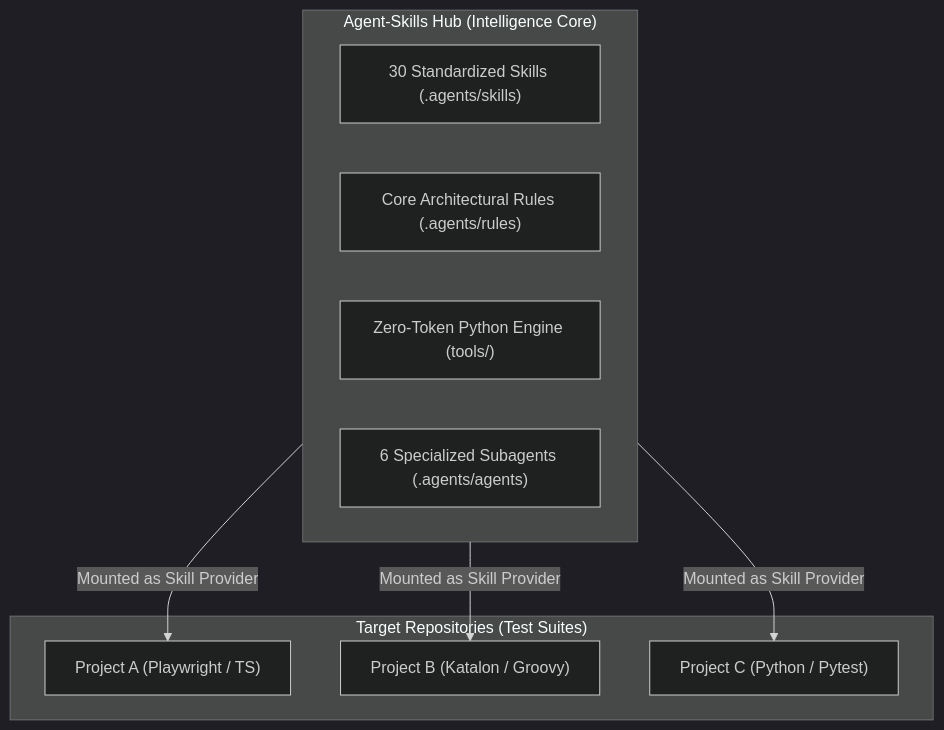
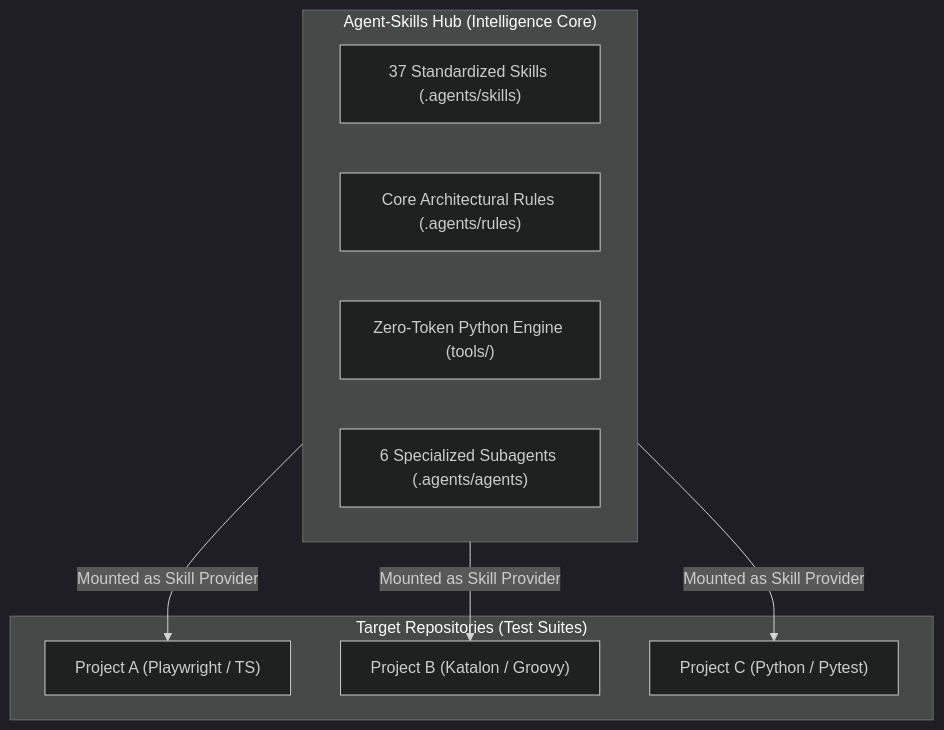
Before and after one commit to TeeVee98/Synapse-Hub: the first of 2 diagrams in docs/ARCHITECTURE.md, drawn with Mermaid (dark theme). The commit also changed other lines of this file and 27 other files, not shown here.

````diff
--- a/docs/ARCHITECTURE.md
+++ b/docs/ARCHITECTURE.md
@@ -12,19 +12,19 @@
 ```mermaid
 flowchart TD
     subgraph Hub["Agent-Skills Hub (Intelligence Core)"]
-        Catalog["30 Standardized Skills (.agents/skills)"]
+        Catalog["37 Standardized Skills (.agents/skills)"]
         Rules["Core Architectural Rules (.agents/rules)"]
         Tools["Zero-Token Python Engine (tools/)"]
         Swarm["6 Specialized Subagents (.agents/agents)"]
     end
 
     subgraph Spokes["Target Repositories (Test Suites)"]
         Repo1["Project A (Playwright / TS)"]
         Repo2["Project B (Katalon / Groovy)"]
         Repo3["Project C (Python / Pytest)"]
     end
 
     Hub -->|Mounted as Skill Provider| Repo1
     Hub -->|Mounted as Skill Provider| Repo2
     Hub -->|Mounted as Skill Provider| Repo3
 ```
````
